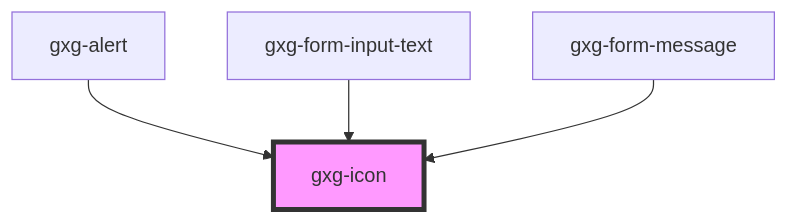
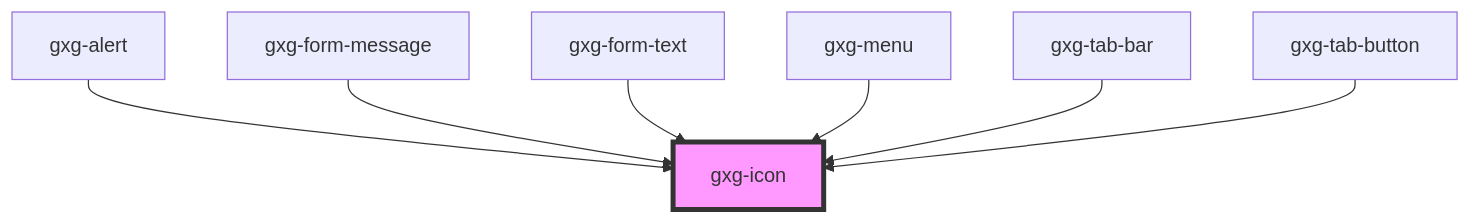
The diagram in src/components/icon/readme.md (genexuslabs/gemini), drawn with Mermaid before and after one commit. The commit also changed other lines of this file and 70 other files, not shown here.

````diff
--- a/src/components/icon/readme.md
+++ b/src/components/icon/readme.md
@@ -24,7 +35,10 @@
 ```mermaid
 graph TD;
   gxg-alert --> gxg-icon
-  gxg-form-input-text --> gxg-icon
   gxg-form-message --> gxg-icon
+  gxg-form-text --> gxg-icon
+  gxg-menu --> gxg-icon
+  gxg-tab-bar --> gxg-icon
+  gxg-tab-button --> gxg-icon
   style gxg-icon fill:#f9f,stroke:#333,stroke-width:4px
 ```
````
